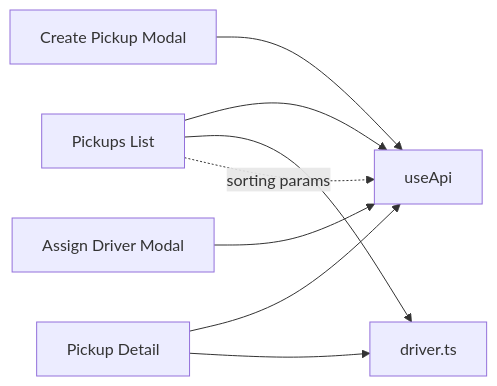
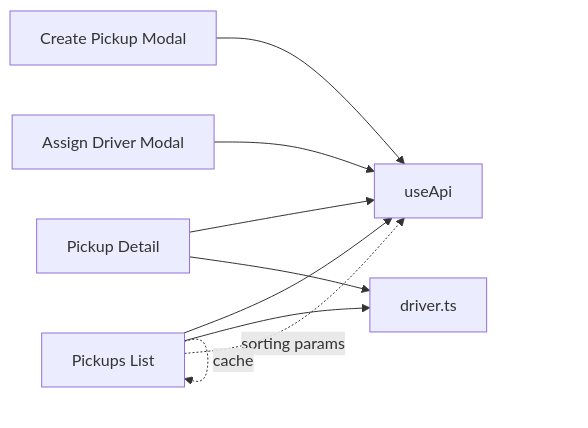
Before and after one commit to Lazynerd-Studios/lacarte-atlas-console: the eighth of 8 diagrams in .qoder/repowiki/en/content/Business Modules/Pickup Operations.md, drawn with Mermaid. The commit also changed other lines of this file and 14 other files, not shown here.

````diff
--- a/.qoder/repowiki/en/content/Business Modules/Pickup Operations.md
+++ b/.qoder/repowiki/en/content/Business Modules/Pickup Operations.md
@@ -418,10 +444,12 @@
 ```mermaid
 graph LR
 Index["Pickups List"] --> Api["useApi"]
 Detail["Pickup Detail"] --> Api
 CreateModal["Create Pickup Modal"] --> Api
 AssignModal["Assign Driver Modal"] --> Api
 Index --> Types["driver.ts"]
 Detail --> Types
 Index -. sorting params .-> Api
+Index -. sort state .-> Index
+Index -. cache .-> Index
 ```
````
